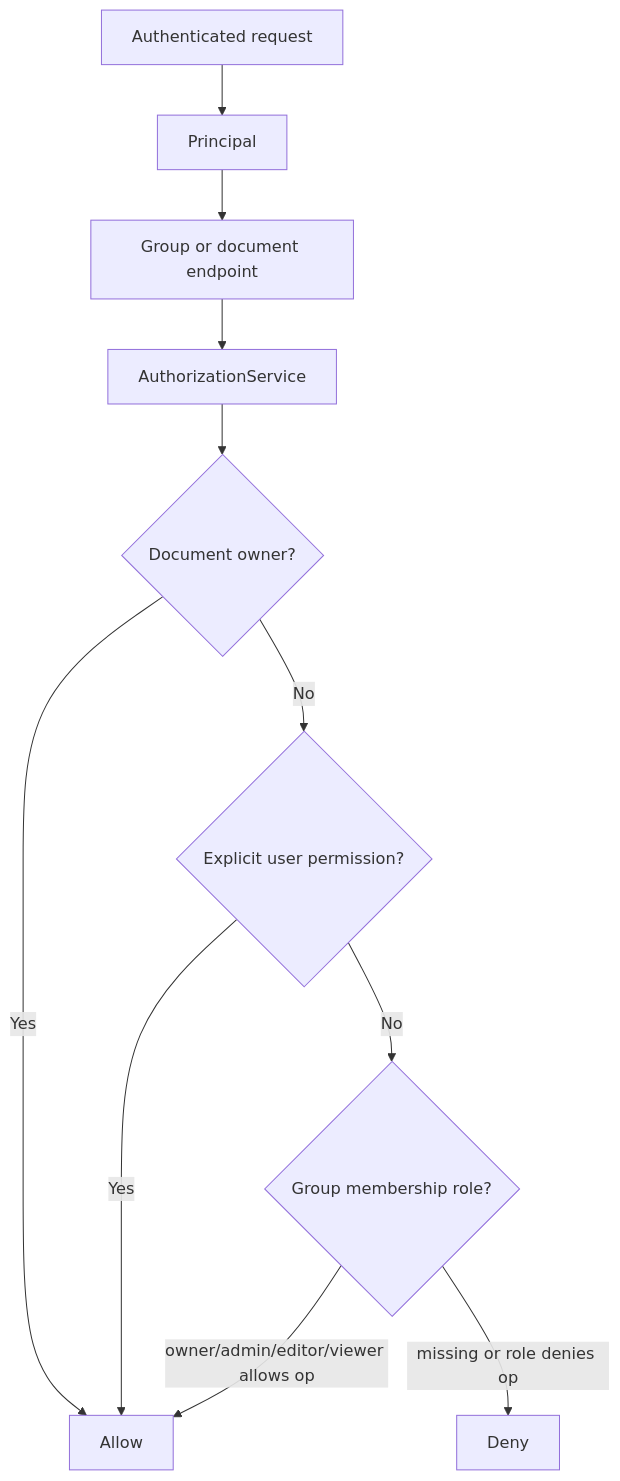
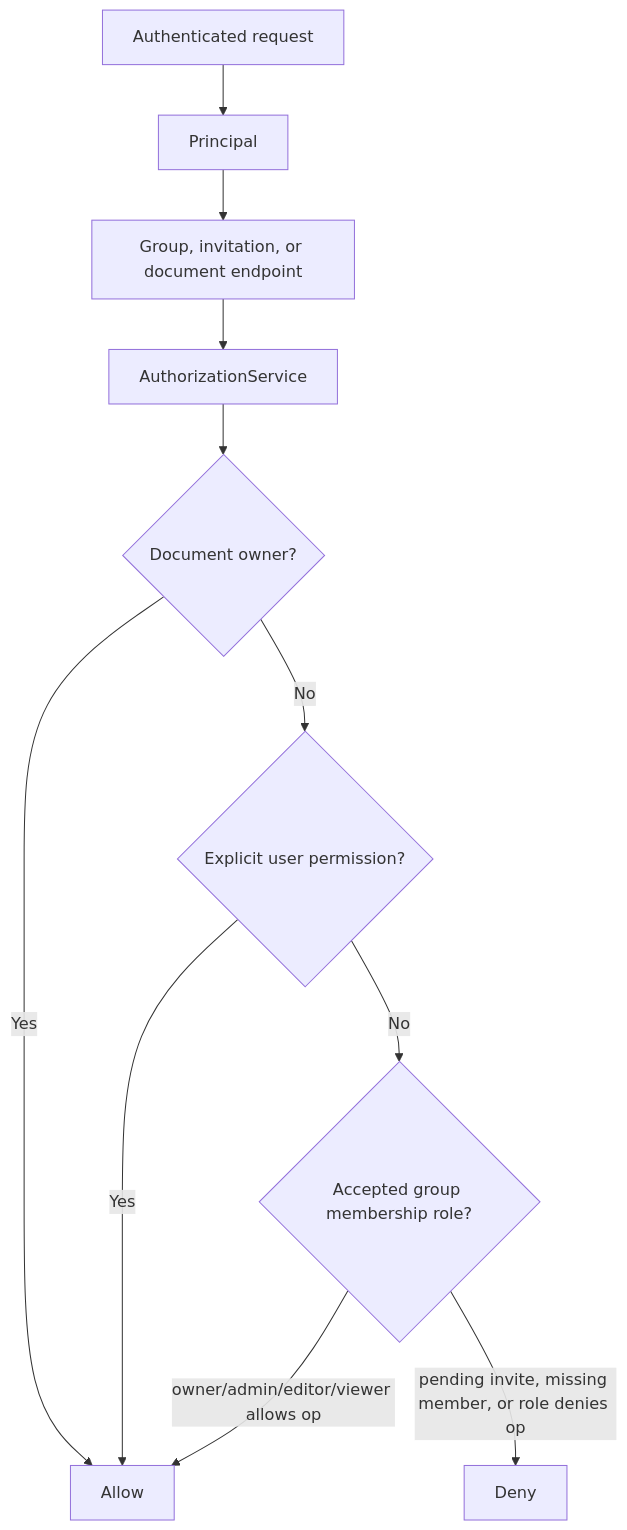
One commit to heecheon92/my-agents changed the diagram in docs/product-chat-service/en/03-group-document-permissions.md. Above: the diagram before and after it, drawn with Mermaid. The commit also changed other lines of this file and 3 other files, not shown here.

````diff
--- a/docs/product-chat-service/en/03-group-document-permissions.md
+++ b/docs/product-chat-service/en/03-group-document-permissions.md
@@ -38,13 +74,13 @@
 ```mermaid
 flowchart TD
     Request[Authenticated request] --> Principal[Principal]
-    Principal --> Endpoint[Group or document endpoint]
+    Principal --> Endpoint[Group, invitation, or document endpoint]
     Endpoint --> Authz[AuthorizationService]
     Authz --> Owner{Document owner?}
     Owner -->|Yes| Allow[Allow]
     Owner -->|No| Explicit{Explicit user permission?}
     Explicit -->|Yes| Allow
-    Explicit -->|No| Group{Group membership role?}
+    Explicit -->|No| Group{Accepted group membership role?}
     Group -->|owner/admin/editor/viewer allows op| Allow
-    Group -->|missing or role denies op| Deny[Deny]
+    Group -->|pending invite, missing member, or role denies op| Deny[Deny]
 ```
````
